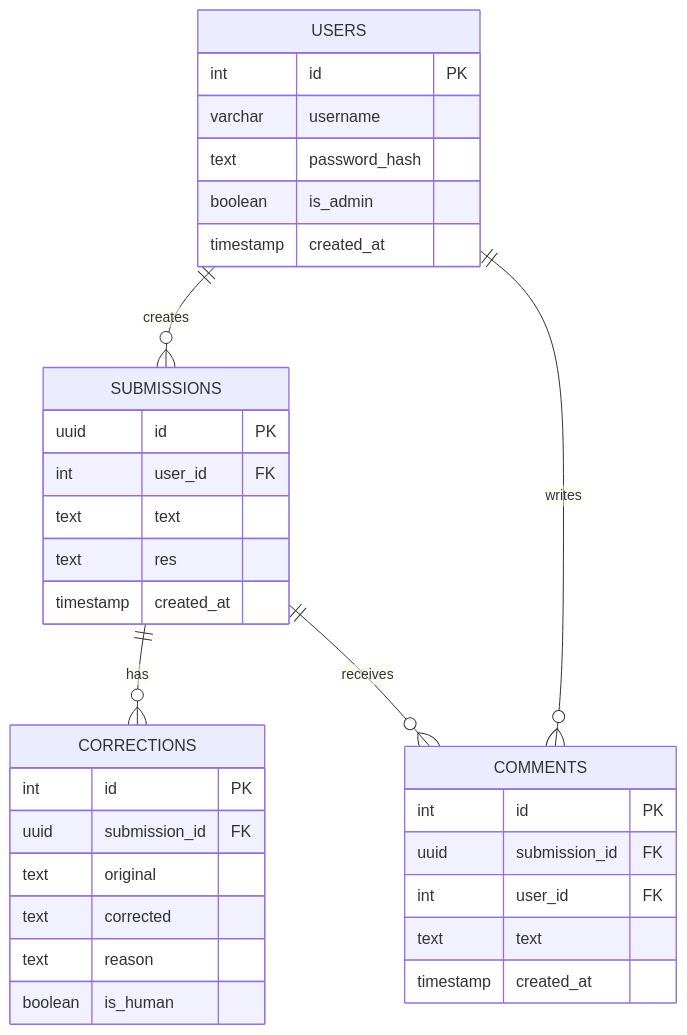
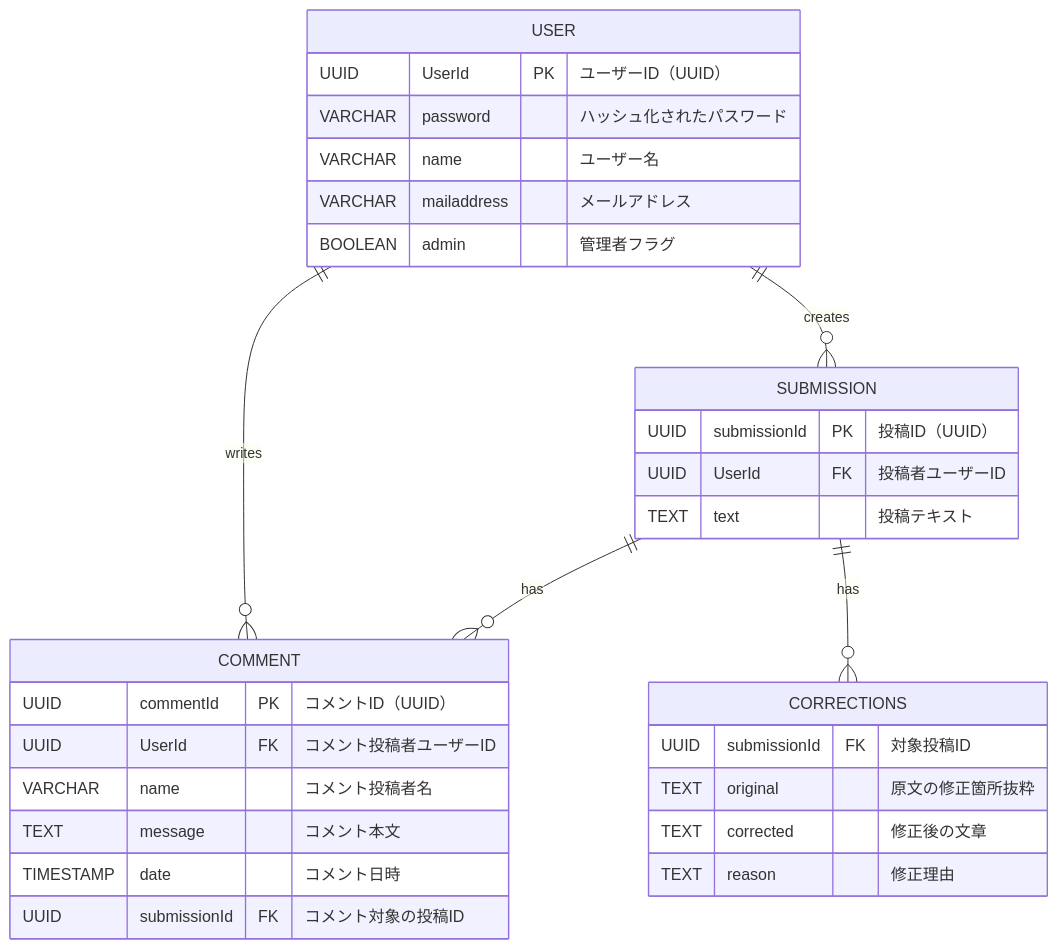
Before and after one commit to i2rin/ess-correction-service: the diagram in docs/backend/swagger/er.mmd, drawn with Mermaid. The commit also changed 3 other files, not shown here.

```diff
--- a/docs/backend/swagger/er.mmd
+++ b/docs/backend/swagger/er.mmd
@@ -1,38 +1,32 @@
 erDiagram
-    USERS {
-        int id PK
-        varchar username
-        text password_hash
-        boolean is_admin
-        timestamp created_at
+    USER {
+        UUID UserId PK "ユーザーID（UUID）"
+        VARCHAR password "ハッシュ化されたパスワード"
+        VARCHAR name "ユーザー名"
+        VARCHAR mailaddress "メールアドレス"
+        BOOLEAN admin "管理者フラグ"
+    }
+    COMMENT {
+        UUID commentId PK "コメントID（UUID）"
+        UUID UserId FK "コメント投稿者ユーザーID"
+        VARCHAR name "コメント投稿者名"
+        TEXT message "コメント本文"
+        TIMESTAMP date "コメント日時"
+        UUID submissionId FK "コメント対象の投稿ID"
+    }
+    SUBMISSION {
+        UUID submissionId PK "投稿ID（UUID）"
+        UUID UserId FK "投稿者ユーザーID"
+        TEXT text "投稿テキスト"
+    }
+    CORRECTIONS {
+        UUID submissionId FK "対象投稿ID"
+        TEXT original "原文の修正箇所抜粋"
+        TEXT corrected "修正後の文章"
+        TEXT reason "修正理由"
     }
 
-    SUBMISSIONS {
-        uuid id PK
-        int user_id FK
-        text text
-        text res
-        timestamp created_at
-    }
-
-    CORRECTIONS {
-        int id PK
-        uuid submission_id FK
-        text original
-        text corrected
-        text reason
-        boolean is_human
-    }
-
-    COMMENTS {
-        int id PK
-        uuid submission_id FK
-        int user_id FK
-        text text
-        timestamp created_at
-    }
-
-    USERS ||--o{ SUBMISSIONS : creates
-    SUBMISSIONS ||--o{ CORRECTIONS : has
-    SUBMISSIONS ||--o{ COMMENTS : receives
-    USERS ||--o{ COMMENTS : writes
+    USER ||--o{ COMMENT : "writes"
+    USER ||--o{ SUBMISSION : "creates"
+    SUBMISSION ||--o{ COMMENT : "has"
+    SUBMISSION ||--o{ CORRECTIONS : "has"
```
